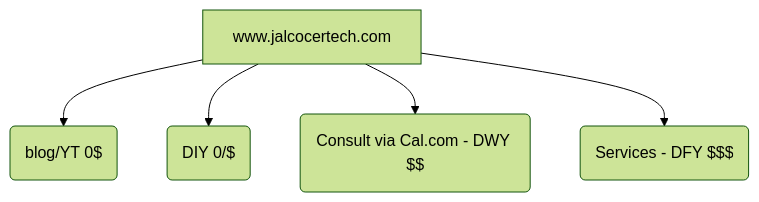
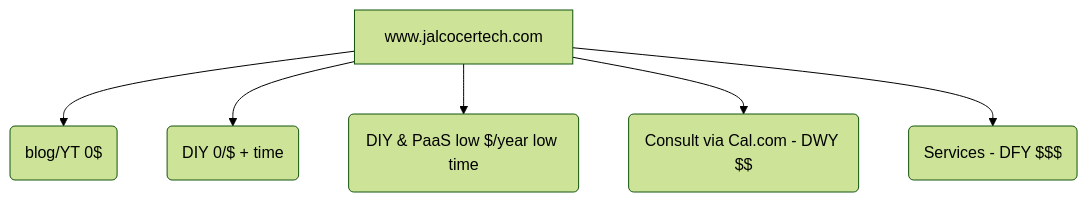
Before and after one commit to JAlcocerT/JAlcocerT: the diagram in content/blog/selfh-software-servers.md, drawn with Mermaid (forest theme). The commit also changed other lines of this file and 40 other files, not shown here.

````diff
--- a/content/blog/selfh-software-servers.md
+++ b/content/blog/selfh-software-servers.md
@@ -228,7 +228,8 @@
 ```mermaid
 graph TD
     A[www.jalcocertech.com] --> B(blog/YT 0$);
-    A --> C(DIY 0/$);
+    A --> C(DIY 0/$ + time);
+    A --> F(DIY & PaaS low $/year low time);
     A --> D(Consult via Cal.com - DWY $$);
     A --> E(Services - DFY $$$);
 ```
````
